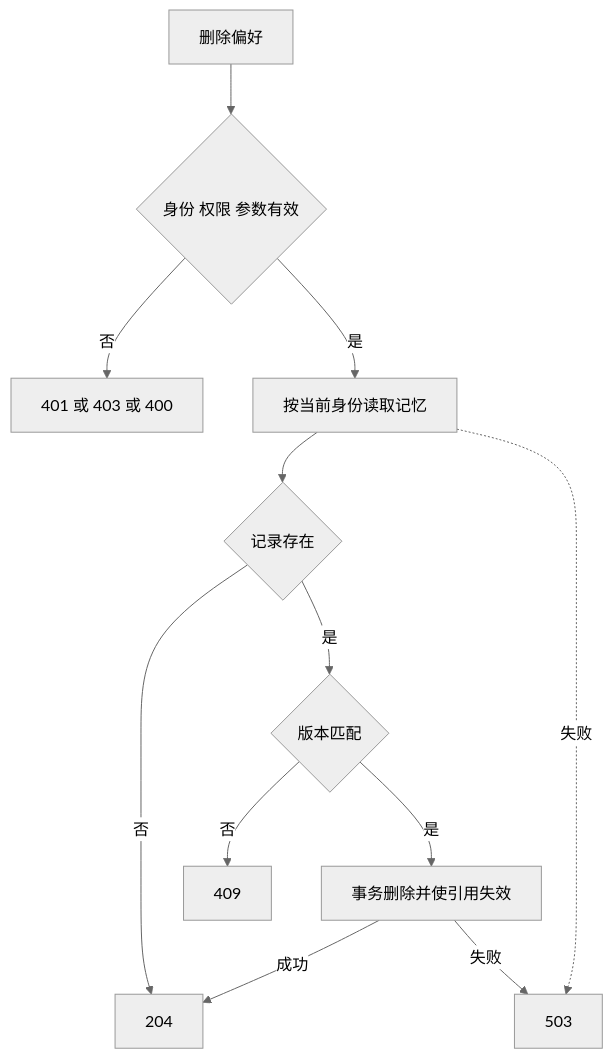
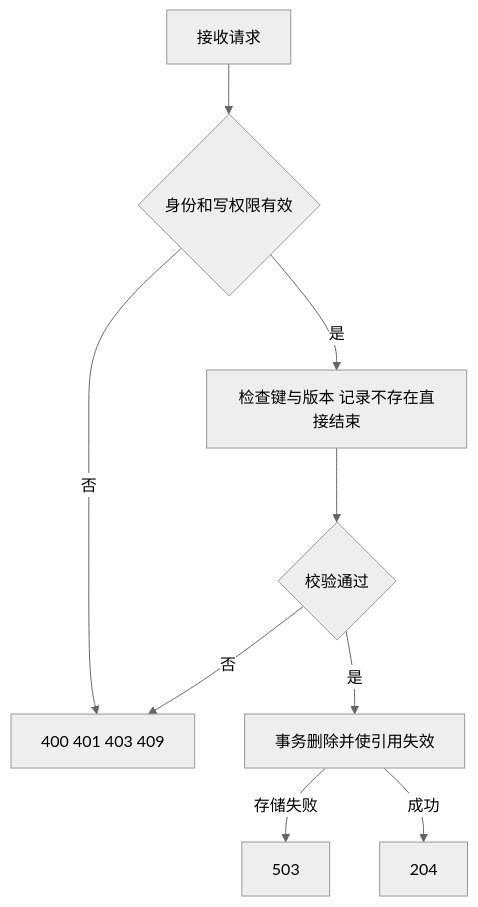
The eighth of 8 diagrams in docs/技术方案.md (hj456992/agentscope-react-demo), drawn with Mermaid (neutral theme) before and after one commit. The commit also changed other lines of this file and 134 other files, not shown here.

````diff
--- a/docs/技术方案.md
+++ b/docs/技术方案.md
@@ -226,14 +137,11 @@
 ```mermaid
 flowchart TD
-    A[删除偏好] --> B{身份 权限 参数有效}
-    B -->|否| X[401 或 403 或 400]
-    B -->|是| C[按当前身份读取记忆]
-    C --> D{记录存在}
-    D -->|否| E[204]
-    D -->|是| F{版本匹配}
-    F -->|否| G[409]
-    F -->|是| H[事务删除并使引用失效]
-    H -->|成功| E
-    H -->|失败| I[503]
-    C -.->|失败| I
+    A[接收请求] --> B{身份和写权限有效}
+    B -->|否| X[400 401 403 409]
+    B -->|是| C[检查键与版本 记录不存在直接结束]
+    C --> D{校验通过}
+    D -->|否| X
+    D -->|是| E[事务删除并使引用失效]
+    E -->|存储失败| Z[503]
+    E -->|成功| F[204]
 ```
````
